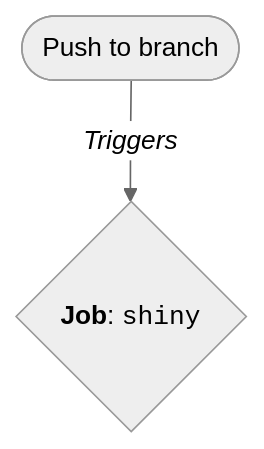
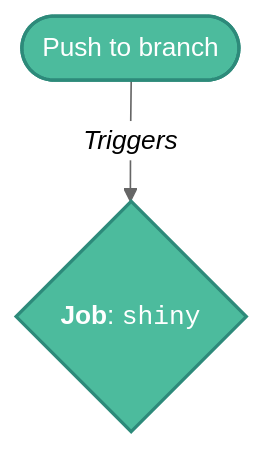
Before and after one commit to mjfrigaard/shiny-app-pkgs: the fifth of 8 diagrams in gha.qmd, drawn with Mermaid. The commit also changed other lines of this file, not shown here.

First line of the commit message:
Style first 5 mermaid diagrams in gha.qmd with teal palette

````diff
--- a/gha.qmd
+++ b/gha.qmd
@@ -780,7 +807,10 @@
 ```{mermaid}
 %%| fig-align: center
 %%{init: {'theme': 'neutral', 'themeVariables': { 'fontFamily': 'monospace', "fontSize":"16px"}}}%%
 flowchart TD
   Push(["Push to branch"])
   Push -->|"<em>Triggers</em>"| Shiny{"<strong>Job</strong>: <code>shiny</code>"}
+
+  style Push fill:#4CBB9D,color:#fff,stroke:#2d8a7a,stroke-width:2px
+  style Shiny fill:#4CBB9D,color:#fff,stroke:#2d8a7a,stroke-width:2px
 ```
````
